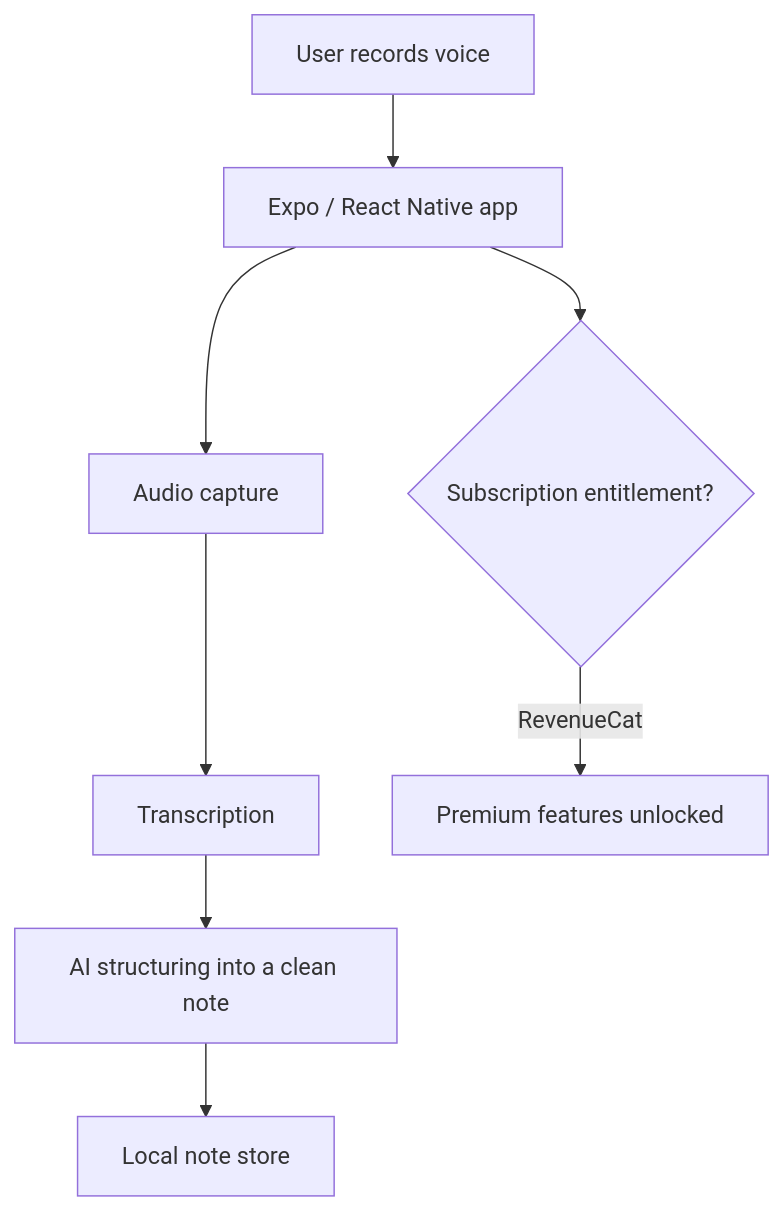
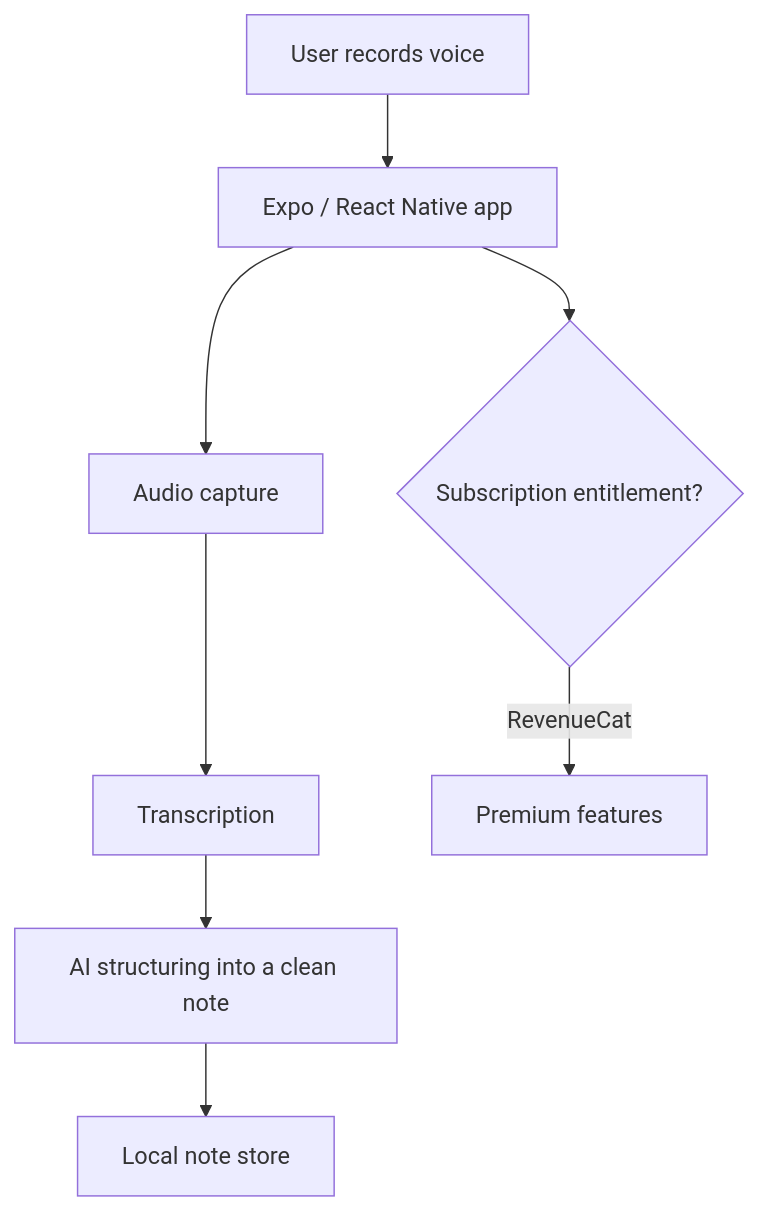
Before and after one commit to smzubs/portfolio: the diagram in case-studies/voicepencil.md, drawn with Mermaid. The commit also changed other lines of this file and 5 other files, not shown here.

````diff
--- a/case-studies/voicepencil.md
+++ b/case-studies/voicepencil.md
@@ -33,10 +49,10 @@
 ```mermaid
 flowchart TD
     A[User records voice] --> B[Expo / React Native app]
     B --> C[Audio capture]
     C --> D[Transcription]
     D --> E[AI structuring into a clean note]
     E --> F[Local note store]
     B --> G{Subscription entitlement?}
-    G -->|RevenueCat| H[Premium features unlocked]
+    G -->|RevenueCat| H[Premium features]
 ```
````
